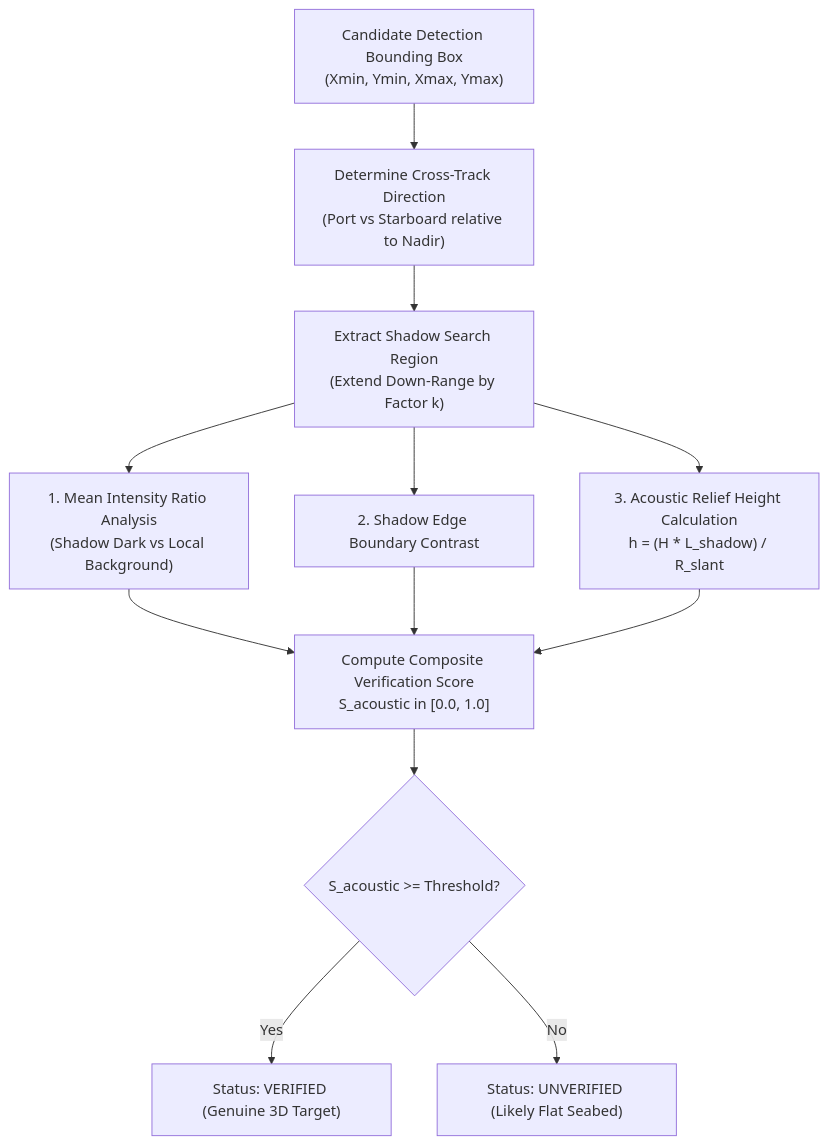
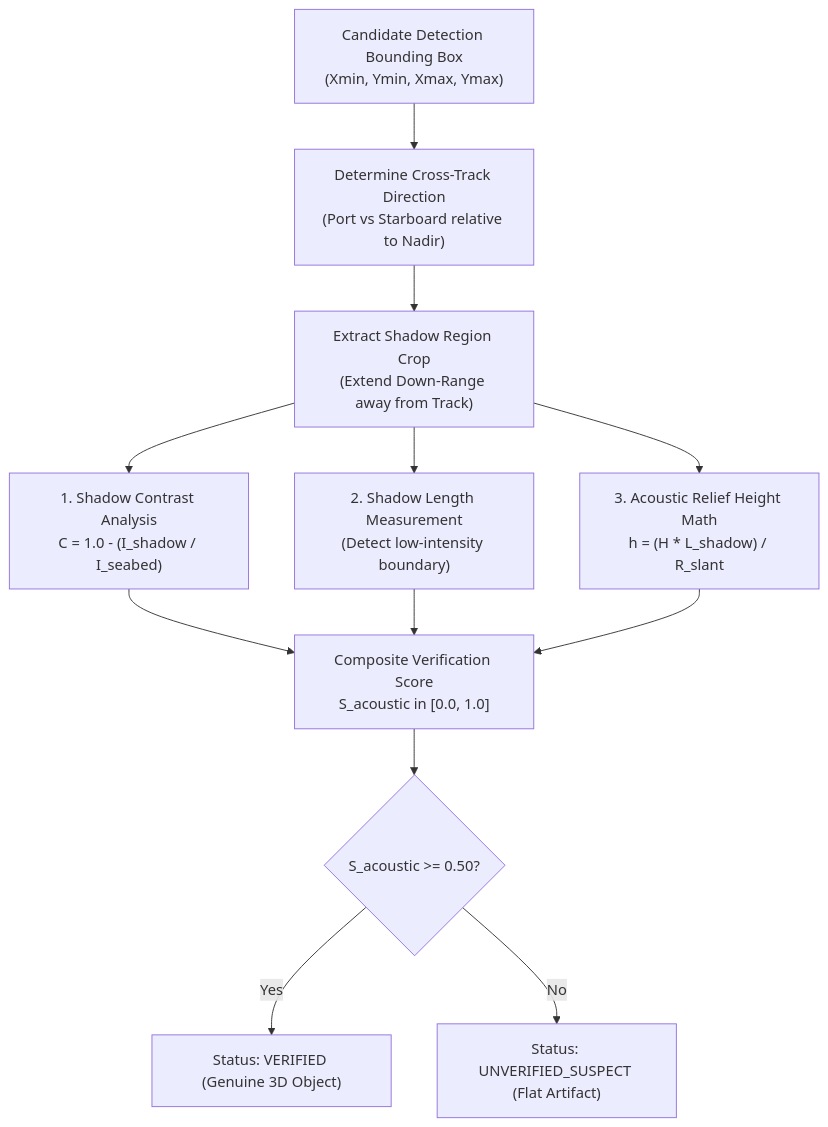
One commit to RaghavKacker/Aqua-Sentinel changed the seventh of 11 diagrams in PROJECT_SPECIFICATION.md. Above: the diagram before and after it, drawn with Mermaid. The commit also changed other lines of this file, not shown here.

````diff
--- a/PROJECT_SPECIFICATION.md
+++ b/PROJECT_SPECIFICATION.md
@@ -598,12 +580,12 @@
 ```mermaid
 flowchart TD
     DET["Candidate Detection Bounding Box<br/>(Xmin, Ymin, Xmax, Ymax)"] --> GEOM["Determine Cross-Track Direction<br/>(Port vs Starboard relative to Nadir)"]
-    GEOM --> CROP["Extract Shadow Search Region<br/>(Extend Down-Range by Factor k)"]
-    CROP --> INTENS["1. Mean Intensity Ratio Analysis<br/>(Shadow Dark vs Local Background)"]
-    CROP --> SHARP["2. Shadow Edge Boundary Contrast"]
-    CROP --> RELIEF["3. Acoustic Relief Height Calculation<br/>h = (H * L_shadow) / R_slant"]
-    INTENS & SHARP & RELIEF --> SCORE["Compute Composite Verification Score<br/>S_acoustic in [0.0, 1.0]"]
-    SCORE --> DECIDE{"S_acoustic >= Threshold?"}
-    DECIDE -->|Yes| PASS["Status: VERIFIED (Genuine 3D Target)"]
-    DECIDE -->|No| FAIL["Status: UNVERIFIED (Likely Flat Seabed)"]
+    GEOM --> CROP["Extract Shadow Region Crop<br/>(Extend Down-Range away from Track)"]
+    CROP --> CONTRAST["1. Shadow Contrast Analysis<br/>C = 1.0 - (I_shadow / I_seabed)"]
+    CROP --> LENGTH["2. Shadow Length Measurement<br/>(Detect low-intensity boundary)"]
+    CROP --> RELIEF["3. Acoustic Relief Height Math<br/>h = (H * L_shadow) / R_slant"]
+    CONTRAST & LENGTH & RELIEF --> SCORE["Composite Verification Score<br/>S_acoustic in [0.0, 1.0]"]
+    SCORE --> DECIDE{"S_acoustic >= 0.50?"}
+    DECIDE -->|Yes| PASS["Status: VERIFIED (Genuine 3D Object)"]
+    DECIDE -->|No| FAIL["Status: UNVERIFIED_SUSPECT (Flat Artifact)"]
 ```
````
